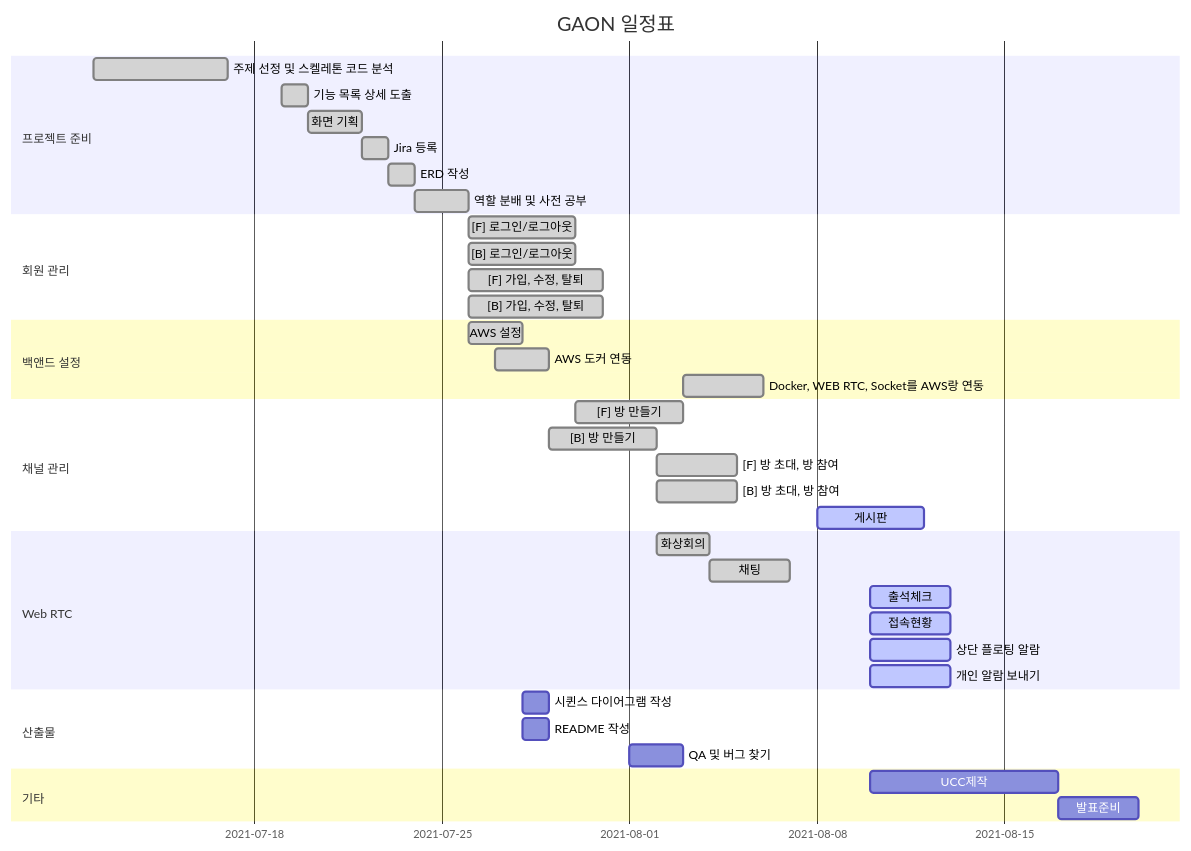
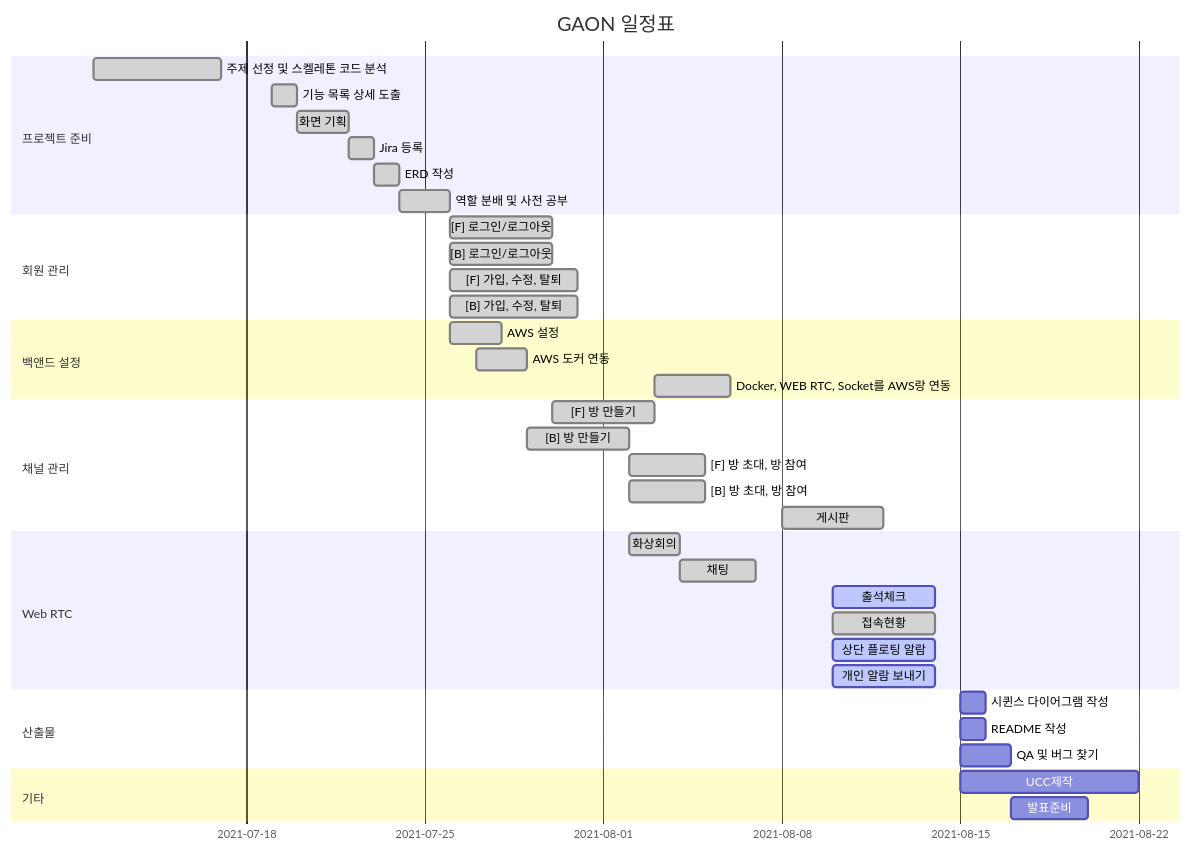
One commit to WangHoJin/GAON changed the diagram in README.md. Above: the diagram before and after it, drawn with Mermaid.

````diff
--- a/README.md
+++ b/README.md
@@ -5,52 +5,52 @@
 ```mermaid
 gantt
     dateFormat  MM-DD
     title       GAON 일정표
     %% excludes    weekends
     %% (`excludes` accepts specific dates in YYYY-MM-DD format, days of the week ("sunday") or "weekends", but not the word "weekdays".)
 
     section 프로젝트 준비
     주제 선정 및 스켈레톤 코드 분석	:done, 07-12, 5d
     기능 목록 상세 도출		   :done, 07-19, 1d
     화면 기획				  :done,07-20, 2d
    	Jira 등록		: done, 07-22, 1d
     ERD 작성		: done, 07-23, 1d
     역할 분배 및 사전 공부		: done, 07-24, 2d
    
     
 	  section 회원 관리
     [F] 로그인/로그아웃		: done, 07-26, 4d
     [B] 로그인/로그아웃		: done, 07-26, 4d
     [F] 가입, 수정, 탈퇴		 : done, 07-26, 5d
     [B] 가입, 수정, 탈퇴		 : done, 07-26, 5d
      
    section 백앤드 설정
     AWS 설정		:done, 07-26, 2d
     AWS 도커 연동 : done, 07-27, 2d
     Docker, WEB RTC, Socket를 AWS랑 연동		 : done, 08-03, 3d
 
     section 채널 관리
     [F] 방 만들기 	: done, ch1, 07-30, 4d
     [B] 방 만들기 	: done, ch1, 07-29, 4d
     [F] 방 초대, 방 참여   :  done, ch2, after ch1, 3d
     [B] 방 초대, 방 참여   :  done, ch2, after ch1, 3d
    
-    게시판 : active, 08-08, 4d
+    게시판 : done, 08-08, 4d
     
     section Web RTC
     화상회의 : done, rtc1, 08-02, 2d
     채팅      :done, rtc2, after rtc1, 3d
-    출석체크   : active, 08-10, 3d
-    접속현황  : active, 08-10, 3d
-    상단 플로팅 알람 : active, 08-10, 3d
-    개인 알람 보내기 : active, 08-10, 3d
+    출석체크   : active, 08-10, 4d
+    접속현황  : done, 08-10, 4d
+    상단 플로팅 알람 : active, 08-10, 4d
+    개인 알람 보내기 : active, 08-10, 4d
     
     section 산출물
-    시퀸스 다이어그램 작성   :07-28, 1d
-    README 작성  			:07-28, 1d
-    QA 및 버그 찾기  	  :08-01, 2d
+    시퀸스 다이어그램 작성   :08-15, 1d
+    README 작성  			:08-15, 1d
+    QA 및 버그 찾기  	  :08-15, 2d
     
     section 기타
-    UCC제작 :08-10, 7d
+    UCC제작 :08-15, 7d
     발표준비 :08-17, 3d
 ```
````
